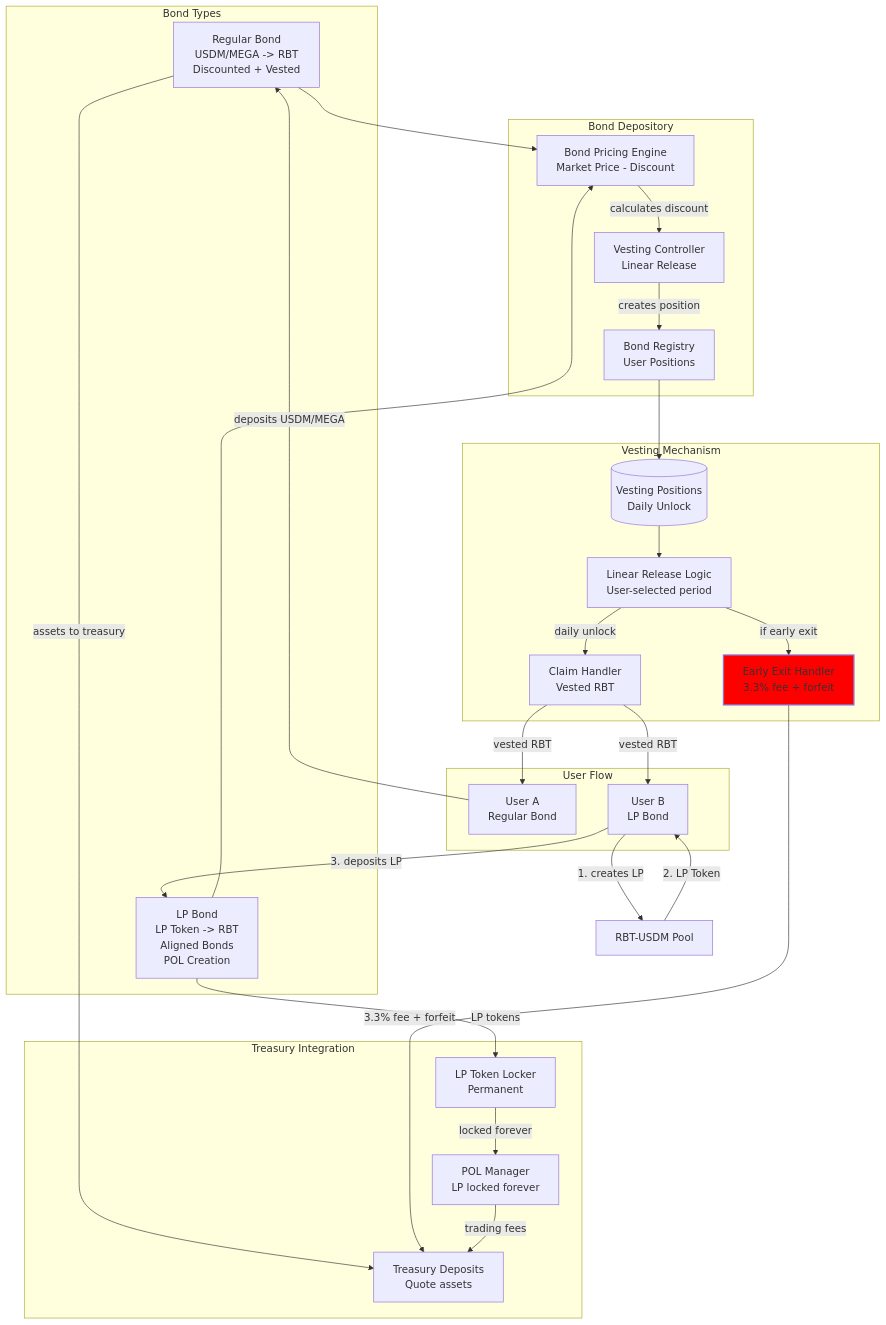
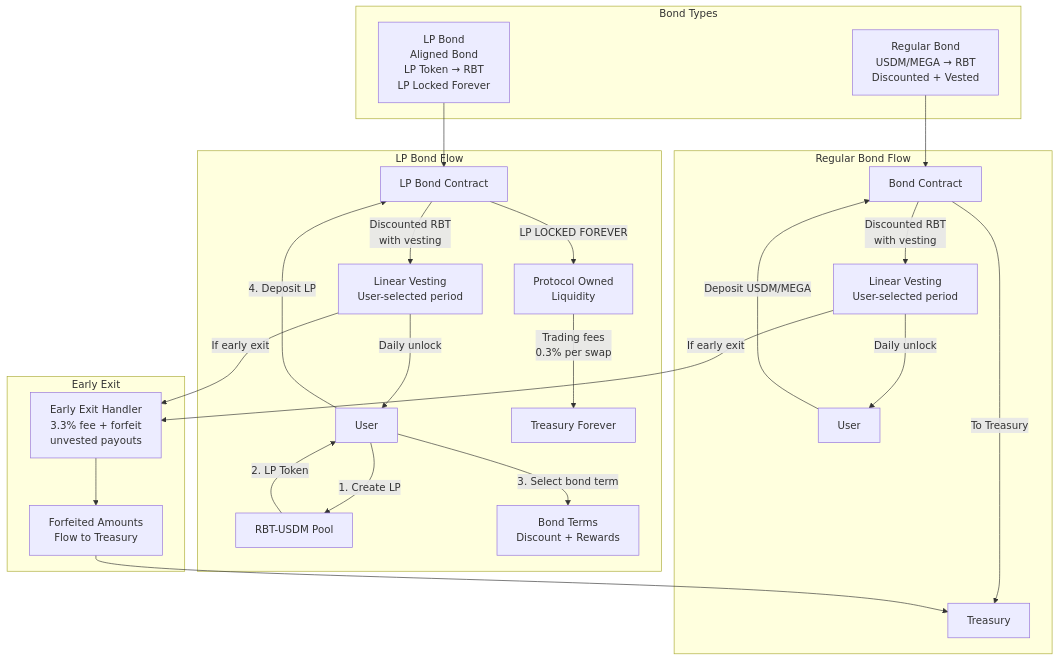
Before and after one commit to 0xJaehaerys/ohmega: the fifth of 7 diagrams in blackhaven-architecture-diagrams.md, drawn with Mermaid. The commit also changed other lines of this file, not shown here.

First line of the commit message:
Align architecture diagrams with updated spec

````diff
--- a/blackhaven-architecture-diagrams.md
+++ b/blackhaven-architecture-diagrams.md
@@ -337,59 +208,38 @@
 ```mermaid
 graph TB
     subgraph "Bond Types"
-        REGULAR_BOND[Regular Bond<br/>USDM/MEGA -> RBT<br/>Discounted + Vested]
-        LP_BOND[LP Bond<br/>LP Token -> RBT<br/>Aligned Bonds<br/>POL Creation]
+        REGULAR_BOND[Regular Bond<br/>USDM/MEGA → RBT<br/>Discounted + Vested]
+        LP_BOND[LP Bond<br/>Aligned Bond<br/>LP Token → RBT<br/>LP Locked Forever]
     end
     
-    subgraph "Bond Depository"
-        PRICING_ENGINE[Bond Pricing Engine<br/>Market Price - Discount]
-        VESTING_CONTROLLER[Vesting Controller<br/>Linear Release]
-        BOND_REGISTRY[Bond Registry<br/>User Positions]
+    subgraph "Regular Bond Flow"
+        USER1[User] -->|Deposit USDM/MEGA| REGULAR_CONTRACT[Bond Contract]
+        REGULAR_CONTRACT -->|To Treasury| TREASURY1[Treasury]
+        REGULAR_CONTRACT -->|Discounted RBT<br/>with vesting| VESTING1[Linear Vesting<br/>User-selected period]
+        VESTING1 -->|Daily unlock| USER1
     end
     
-    subgraph "Vesting Mechanism"
-        VESTING_POSITIONS[(Vesting Positions<br/>Daily Unlock)]
-        LINEAR_RELEASE[Linear Release Logic<br/>User-selected period]
-        CLAIM_HANDLER[Claim Handler<br/>Vested RBT]
-        EARLY_EXIT[Early Exit Handler<br/>3.3% fee + forfeit]
+    subgraph "LP Bond Flow"
+        USER2[User] -->|1. Create LP| DEX[RBT-USDM Pool]
+        DEX -->|2. LP Token| USER2
+        USER2 -->|3. Select bond term| TERMS[Bond Terms<br/>Discount + Rewards]
+        USER2 -->|4. Deposit LP| LP_CONTRACT[LP Bond Contract]
+        LP_CONTRACT -->|LP LOCKED FOREVER| POL[Protocol Owned<br/>Liquidity]
+        LP_CONTRACT -->|Discounted RBT<br/>with vesting| VESTING2[Linear Vesting<br/>User-selected period]
+        VESTING2 -->|Daily unlock| USER2
+        POL -->|Trading fees<br/>0.3% per swap| TREASURY2[Treasury Forever]
     end
     
-    subgraph "Treasury Integration"
-        TREASURY_DEPOSITS[Treasury Deposits<br/>Quote assets]
-        POL_MANAGER[POL Manager<br/>LP locked forever]
-        LP_LOCKER[LP Token Locker<br/>Permanent]
+    subgraph "Early Exit"
+        EARLY_EXIT[Early Exit Handler<br/>3.3% fee + forfeit<br/>unvested payouts]
+        FORFEIT[Forfeited Amounts<br/>Flow to Treasury]
     end
     
-    subgraph "User Flow"
-        USER_REGULAR[User A<br/>Regular Bond]
-        USER_LP[User B<br/>LP Bond]
-    end
+    REGULAR_BOND --> REGULAR_CONTRACT
+    LP_BOND --> LP_CONTRACT
     
-    USER_REGULAR -->|deposits USDM/MEGA| REGULAR_BOND
-    REGULAR_BOND --> PRICING_ENGINE
-    
-    USER_LP -->|1. creates LP| LP_CREATION[RBT-USDM Pool]
-    LP_CREATION -->|2. LP Token| USER_LP
-    USER_LP -->|3. deposits LP| LP_BOND
-    LP_BOND --> PRICING_ENGINE
-    
-    PRICING_ENGINE -->|calculates discount| VESTING_CONTROLLER
-    VESTING_CONTROLLER -->|creates position| BOND_REGISTRY
-    BOND_REGISTRY --> VESTING_POSITIONS
-    
-    REGULAR_BOND -->|assets to treasury| TREASURY_DEPOSITS
-    LP_BOND -->|LP tokens| LP_LOCKER
-    LP_LOCKER -->|locked forever| POL_MANAGER
-    
-    VESTING_POSITIONS --> LINEAR_RELEASE
-    LINEAR_RELEASE -->|daily unlock| CLAIM_HANDLER
-    LINEAR_RELEASE -->|if early exit| EARLY_EXIT
-    
-    CLAIM_HANDLER -->|vested RBT| USER_REGULAR
-    CLAIM_HANDLER -->|vested RBT| USER_LP
-    
-    EARLY_EXIT -->|3.3% fee + forfeit| TREASURY_DEPOSITS
-    POL_MANAGER -->|trading fees| TREASURY_DEPOSITS
-    
-    style EARLY_EXIT fill:#f00,stroke-width:2px
+    VESTING1 -->|If early exit| EARLY_EXIT
+    VESTING2 -->|If early exit| EARLY_EXIT
+    EARLY_EXIT --> FORFEIT
+    FORFEIT --> TREASURY1
 ```
````
